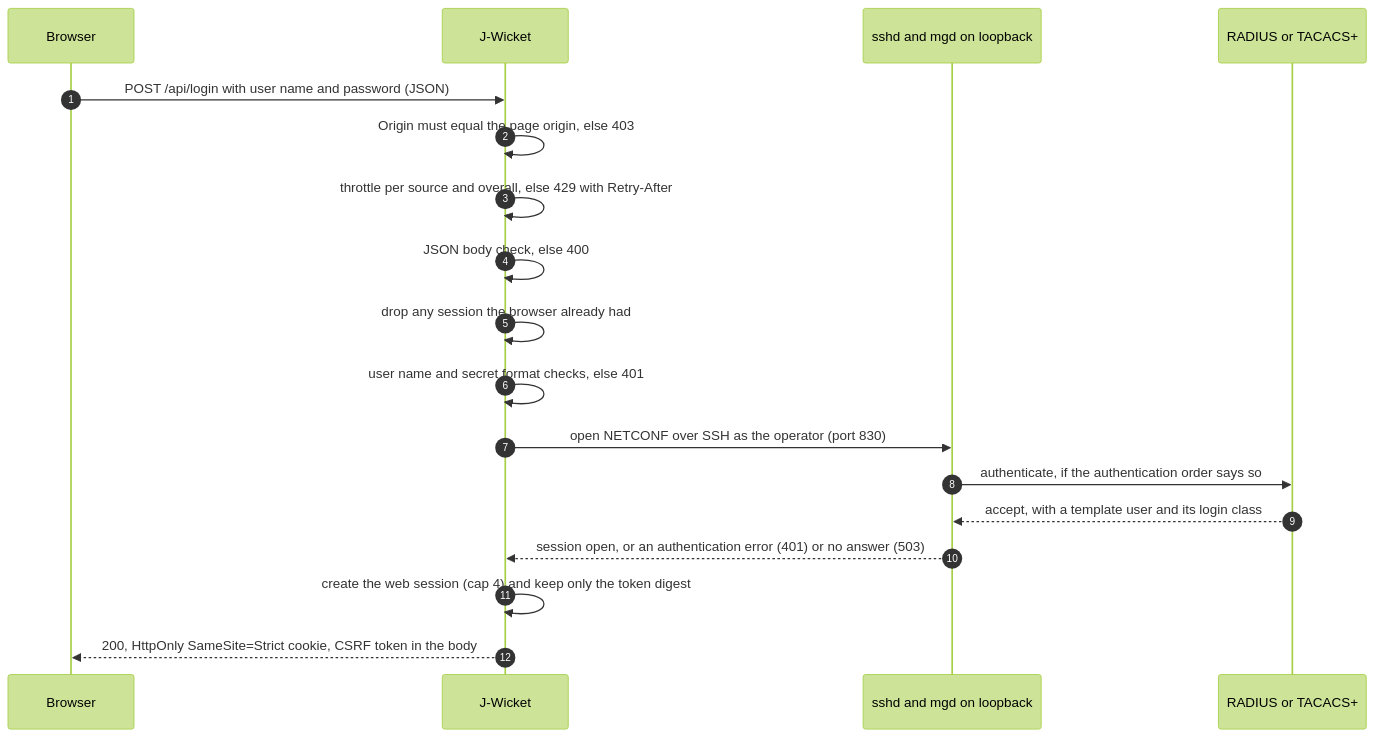
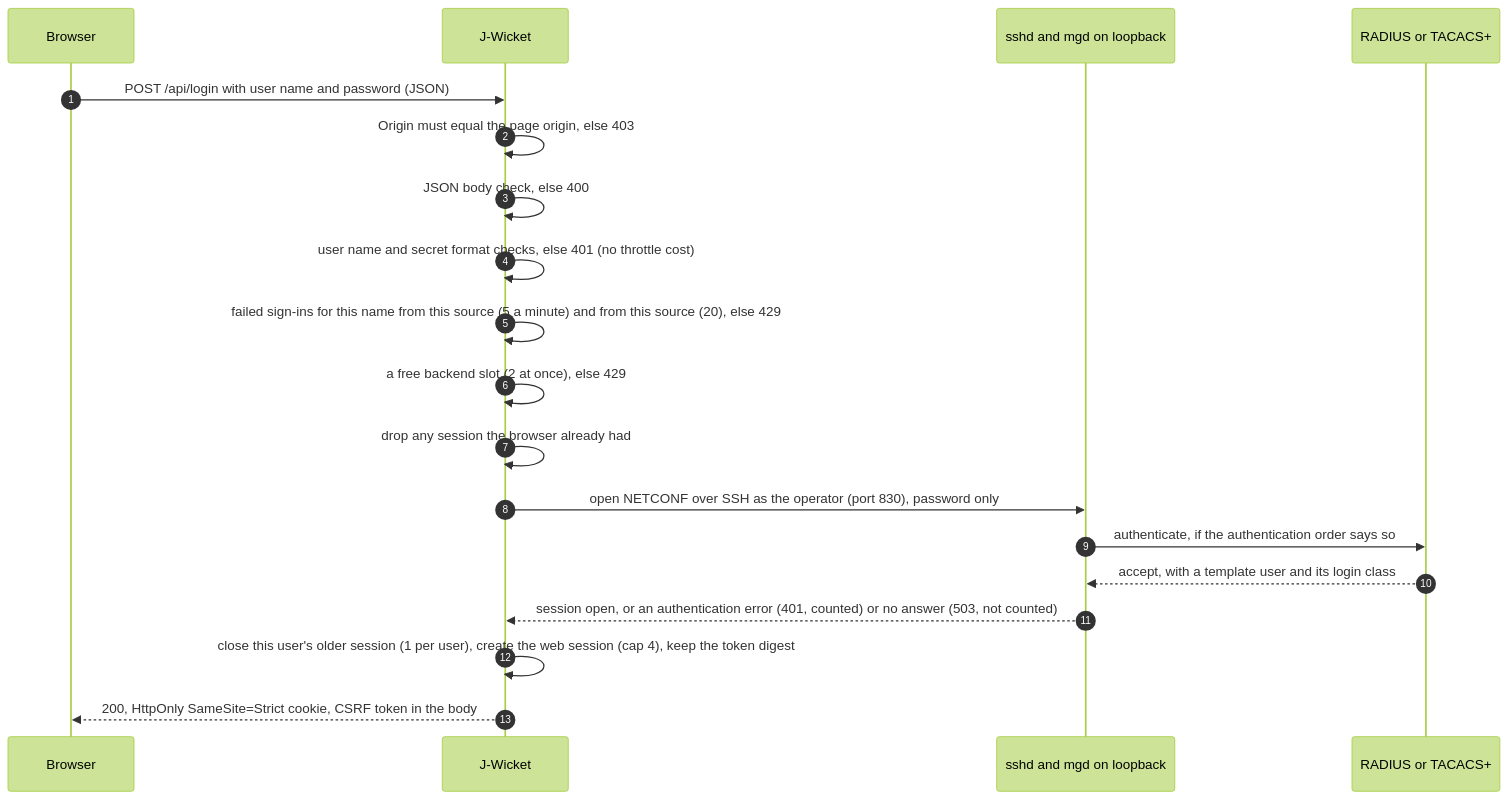
One commit to robertsonc/jwicket changed the third of 7 diagrams in docs/architecture.md. Above: the diagram before and after it, drawn with Mermaid (forest theme). The commit also changed other lines of this file and 45 other files, not shown here.

````diff
--- a/docs/architecture.md
+++ b/docs/architecture.md
@@ -196,20 +204,21 @@
 ```mermaid
 sequenceDiagram
   autonumber
   participant B as Browser
   participant W as J-Wicket
   participant J as sshd and mgd on loopback
   participant A as RADIUS or TACACS+
   B->>W: POST /api/login with user name and password (JSON)
   W->>W: Origin must equal the page origin, else 403
-  W->>W: throttle per source and overall, else 429 with Retry-After
   W->>W: JSON body check, else 400
+  W->>W: user name and secret format checks, else 401 (no throttle cost)
+  W->>W: failed sign-ins for this name from this source (5 a minute) and from this source (20), else 429
+  W->>W: a free backend slot (2 at once), else 429
   W->>W: drop any session the browser already had
-  W->>W: user name and secret format checks, else 401
-  W->>J: open NETCONF over SSH as the operator (port 830)
+  W->>J: open NETCONF over SSH as the operator (port 830), password only
   J->>A: authenticate, if the authentication order says so
   A-->>J: accept, with a template user and its login class
-  J-->>W: session open, or an authentication error (401) or no answer (503)
-  W->>W: create the web session (cap 4) and keep only the token digest
+  J-->>W: session open, or an authentication error (401, counted) or no answer (503, not counted)
+  W->>W: close this user's older session (1 per user), create the web session (cap 4), keep the token digest
   W-->>B: 200, HttpOnly SameSite=Strict cookie, CSRF token in the body
 ```
````
